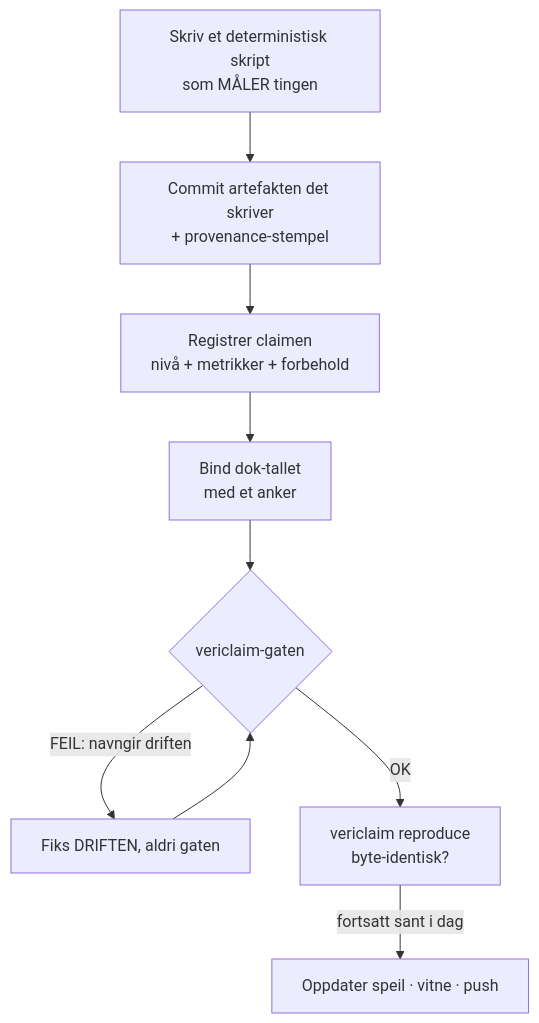
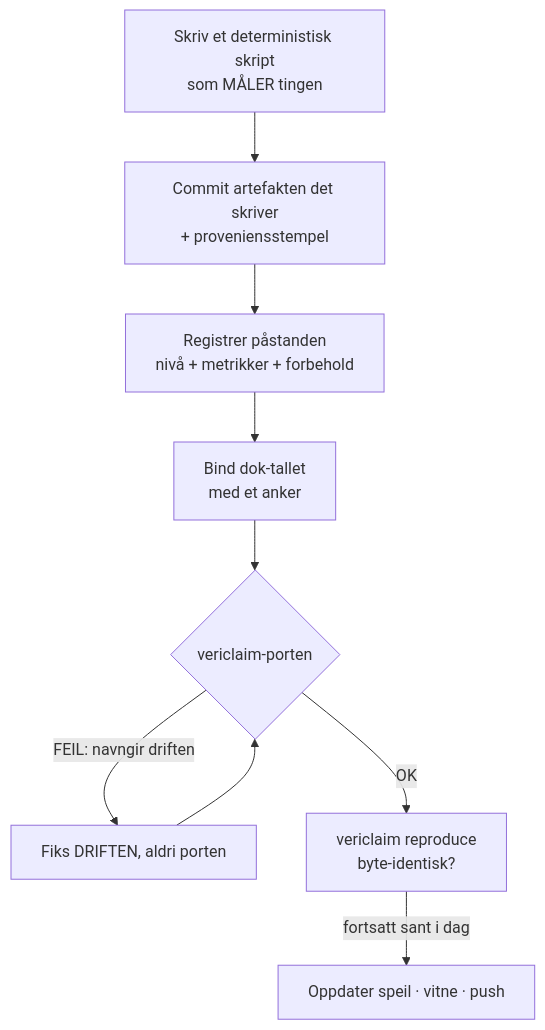
Before and after one commit to darklordVirtual/vericlaim: the fourth of 20 diagrams in docs/governance/frontier-ai-governance-master_NO_nb.md, drawn with Mermaid. The commit also changed other lines of this file and 14 other files, not shown here.

````diff
--- a/docs/governance/frontier-ai-governance-master_NO_nb.md
+++ b/docs/governance/frontier-ai-governance-master_NO_nb.md
@@ -268,11 +268,11 @@
 ```mermaid
 flowchart TB
-    S1[Skriv et deterministisk skript<br/>som MÅLER tingen] --> S2[Commit artefakten det skriver<br/>+ provenance-stempel]
-    S2 --> S3[Registrer claimen<br/>nivå + metrikker + forbehold]
+    S1[Skriv et deterministisk skript<br/>som MÅLER tingen] --> S2[Commit artefakten det skriver<br/>+ proveniensstempel]
+    S2 --> S3[Registrer påstanden<br/>nivå + metrikker + forbehold]
     S3 --> S4[Bind dok-tallet<br/>med et anker]
-    S4 --> S5{vericlaim-gaten}
-    S5 -->|FEIL: navngir driften| S6[Fiks DRIFTEN, aldri gaten]
+    S4 --> S5{vericlaim-porten}
+    S5 -->|FEIL: navngir driften| S6[Fiks DRIFTEN, aldri porten]
     S6 --> S5
     S5 -->|OK| S7[vericlaim reproduce<br/>byte-identisk?]
     S7 -->|fortsatt sant i dag| S8[Oppdater speil · vitne · push]
 ```
````
